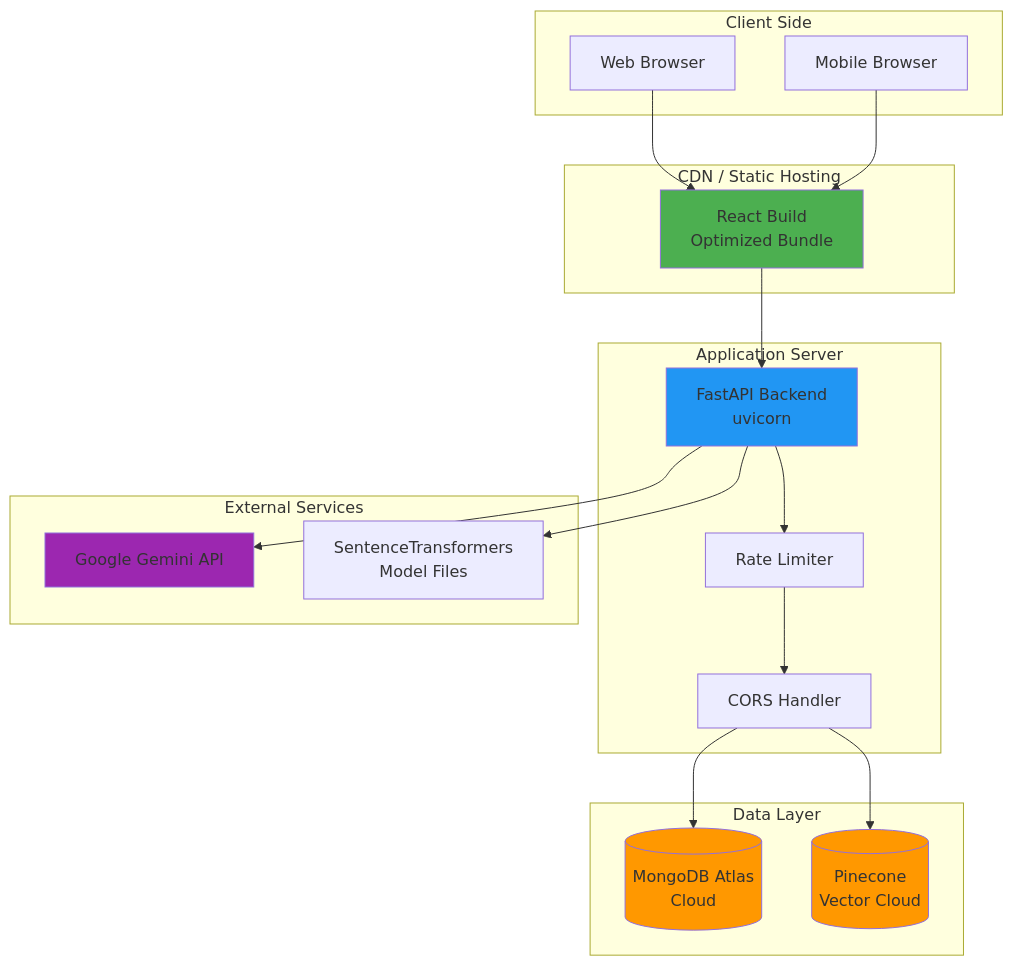
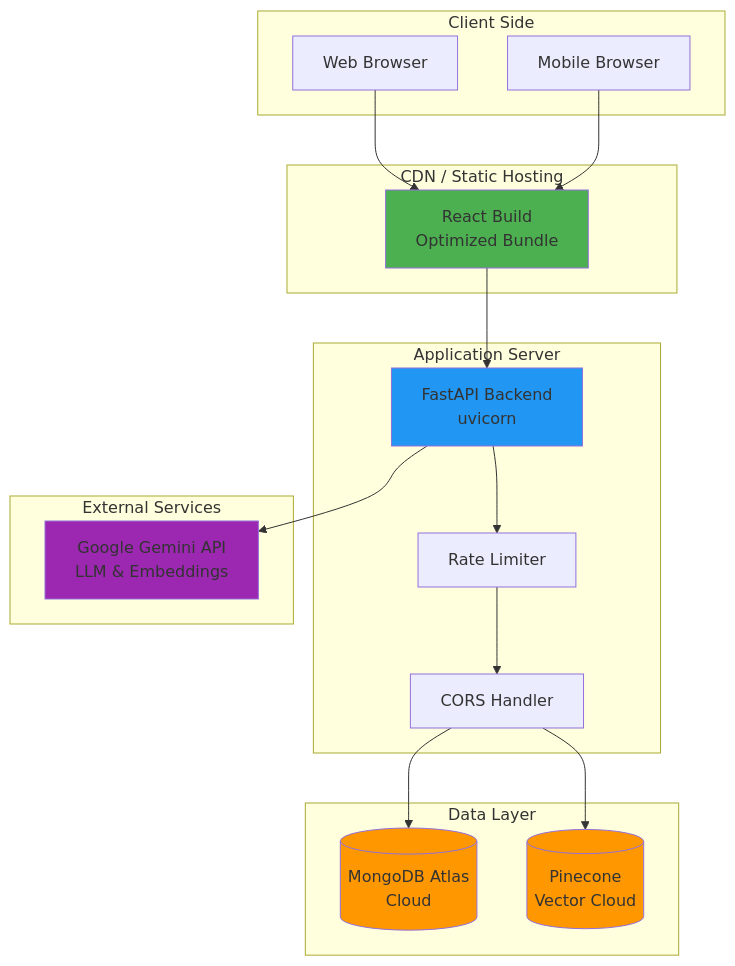
Diagram 13 of 18 in project_workflow.md (ShantanuV2709/CORPWISE), drawn with Mermaid before and after one commit. The commit also changed other lines of this file and 64 other files, not shown here.

````diff
--- a/project_workflow.md
+++ b/project_workflow.md
@@ -552,43 +551,41 @@
 ```mermaid
 graph TB
     subgraph "Client Side"
         A[Web Browser]
         B[Mobile Browser]
     end
     
     subgraph "CDN / Static Hosting"
         C[React Build<br/>Optimized Bundle]
     end
     
     subgraph "Application Server"
         D[FastAPI Backend<br/>uvicorn]
         E[Rate Limiter]
         F[CORS Handler]
     end
     
     subgraph "Data Layer"
         G[(MongoDB Atlas<br/>Cloud)]
         H[(Pinecone<br/>Vector Cloud)]
     end
     
     subgraph "External Services"
-        I[Google Gemini API]
-        J[SentenceTransformers<br/>Model Files]
+        I[Google Gemini API<br/>LLM & Embeddings]
     end
     
     A --> C
     B --> C
     C --> D
     D --> E
     E --> F
     F --> G
     F --> H
     D --> I
-    D --> J
     
     style C fill:#4CAF50
     style D fill:#2196F3
     style G fill:#FF9800
     style H fill:#FF9800
     style I fill:#9C27B0
 ```
````
